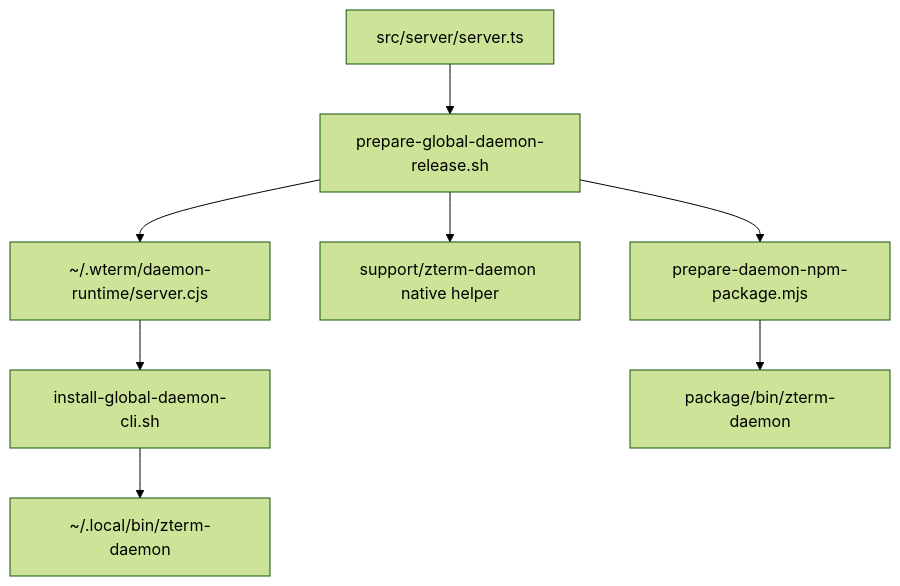
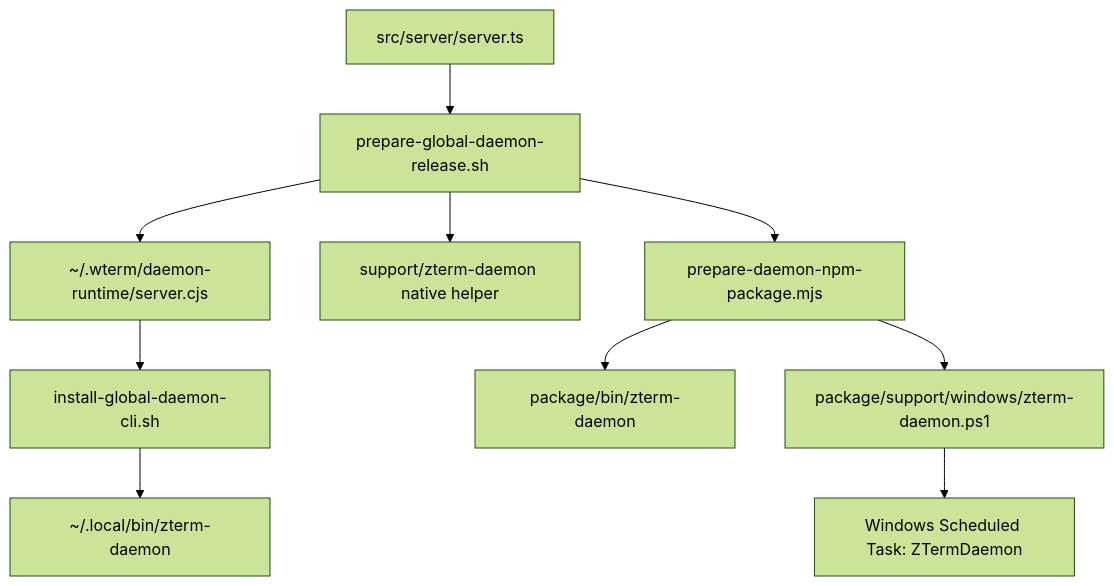
Before and after one commit to Jasonzhangf/zterm: the diagram in android/docs/wiki/cli.md, drawn with Mermaid (forest theme). The commit also changed other lines of this file and 93 other files, not shown here.

Commit message:
fix: windows daemon runner release

````diff
--- a/android/docs/wiki/cli.md
+++ b/android/docs/wiki/cli.md
@@ -32,10 +33,12 @@
 ```mermaid
 flowchart TD
   Source["src/server/server.ts"] --> Release["prepare-global-daemon-release.sh"]
   Release --> Runtime["~/.wterm/daemon-runtime/server.cjs"]
   Release --> Native["support/zterm-daemon native helper"]
   Runtime --> Install["install-global-daemon-cli.sh"]
   Install --> Bin["~/.local/bin/zterm-daemon"]
   Release --> Npm["prepare-daemon-npm-package.mjs"]
   Npm --> PackageBin["package/bin/zterm-daemon"]
+  Npm --> Windows["package/support/windows/zterm-daemon.ps1"]
+  Windows --> Task["Windows Scheduled Task: ZTermDaemon"]
 ```
````
